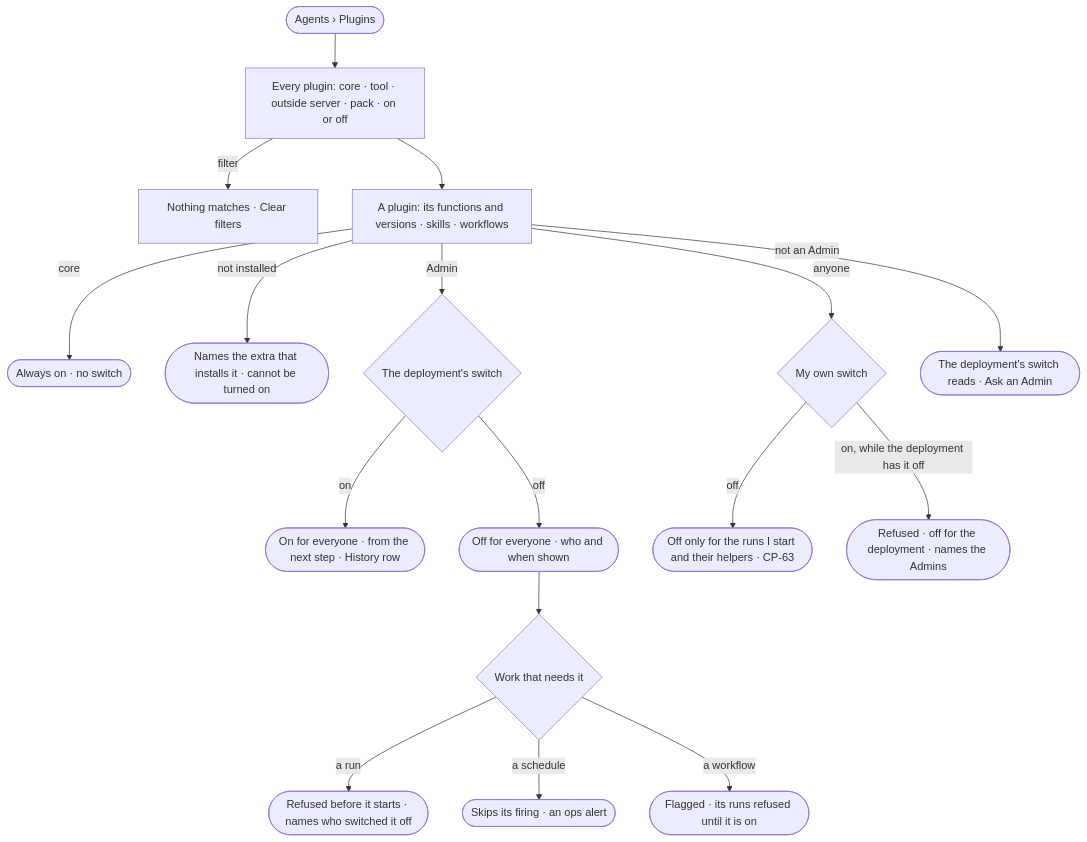
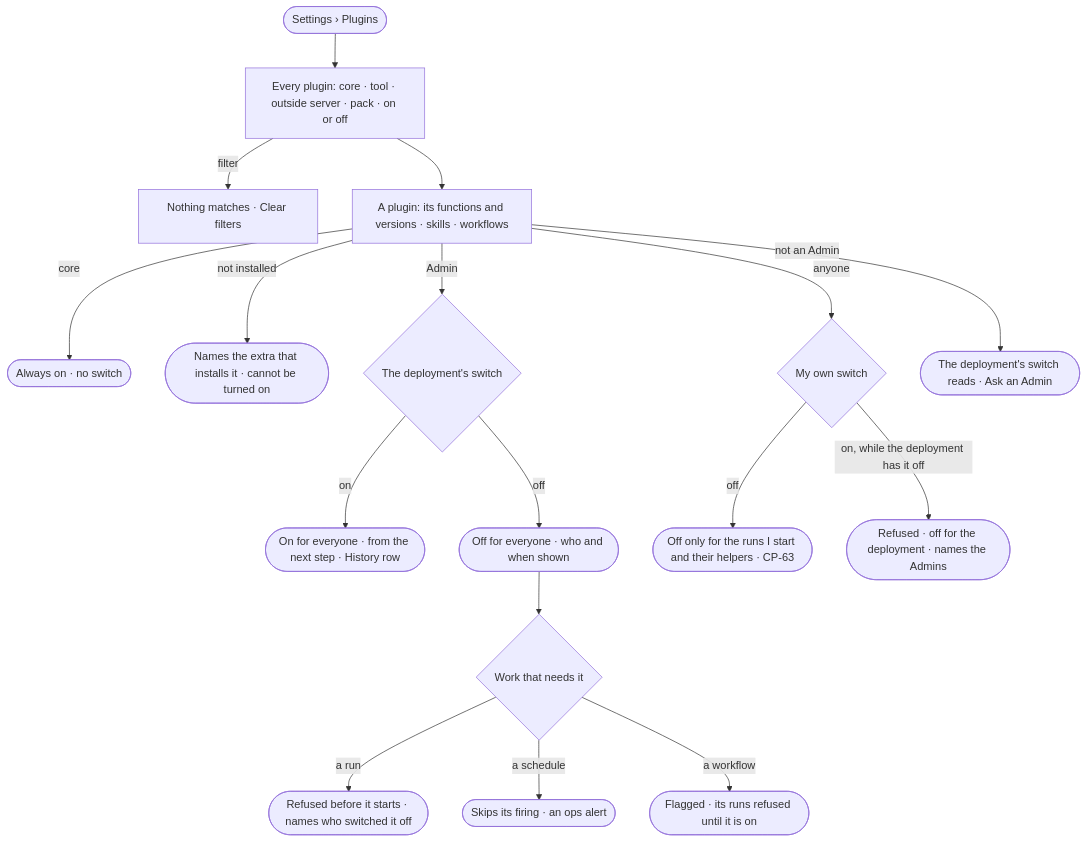
One commit to invana/invana changed the diagram in specs/os/control/features/CP-F02-plugins-and-outside-tools/stories/CP-04-see-every-plugin-and-switch-it-on-or-off/story.md. Above: the diagram before and after it, drawn with Mermaid. The commit also changed other lines of this file and 43 other files, not shown here.

First line of the commit message:
docs(specs): Agents mode keeps work; Plugins, Fleet, Workers move to Settings

````diff
--- a/specs/os/control/features/CP-F02-plugins-and-outside-tools/stories/CP-04-see-every-plugin-and-switch-it-on-or-off/story.md
+++ b/specs/os/control/features/CP-F02-plugins-and-outside-tools/stories/CP-04-see-every-plugin-and-switch-it-on-or-off/story.md
@@ -29,19 +29,19 @@
 ```mermaid
 flowchart TD
-  s([Agents › Plugins]) --> l["Every plugin: core · tool · outside server · pack · on or off"]
+  s([Settings › Plugins]) --> l["Every plugin: core · tool · outside server · pack · on or off"]
   l -->|filter| f["Nothing matches · Clear filters"]
   l --> p["A plugin: its functions and versions · skills · workflows"]
   p -->|core| always(["Always on · no switch"])
   p -->|not installed| ni(["Names the extra that installs it · cannot be turned on"])
   p -->|Admin| sw{"The deployment's switch"}
   sw -->|on| on(["On for everyone · from the next step · History row"])
   sw -->|off| off(["Off for everyone · who and when shown"])
   off --> w{"Work that needs it"}
   w -->|a run| r(["Refused before it starts · names who switched it off"])
   w -->|a schedule| sc(["Skips its firing · an ops alert"])
   w -->|a workflow| wf(["Flagged · its runs refused until it is on"])
   p -->|anyone| me{"My own switch"}
   me -->|off| mo(["Off only for the runs I start and their helpers · CP-63"])
   me -->|on, while the deployment has it off| no(["Refused · off for the deployment · names the Admins"])
   p -->|not an Admin| ro(["The deployment's switch reads · Ask an Admin"])
 ```
````
